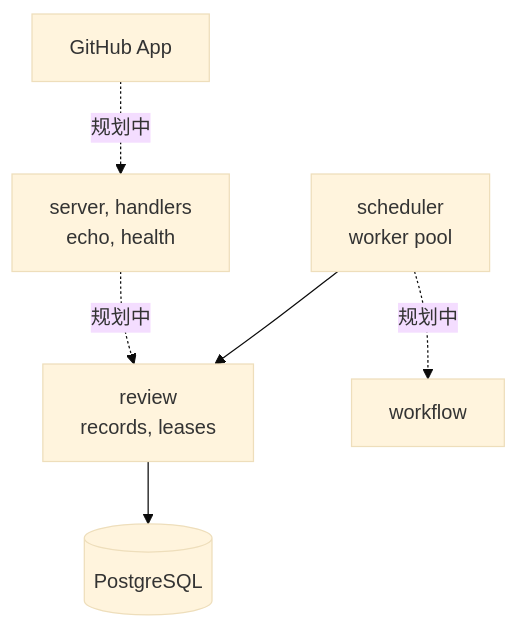
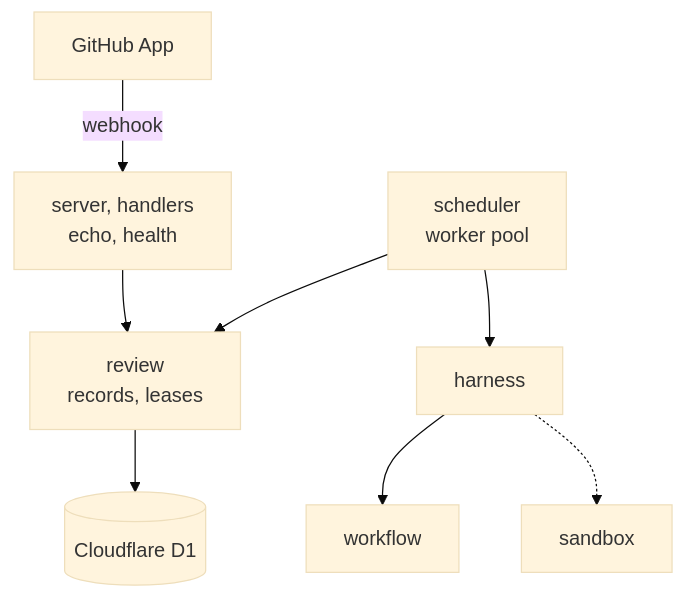
One commit to Pleasurecruise/eyeful changed the first of 3 diagrams in docs/zh/cloud/SERVER.md. Above: the diagram before and after it, drawn with Mermaid (base theme). The commit also changed other lines of this file and 96 other files, not shown here.

First line of the commit message:
feat!: admit reviews through a GitHub App and keep them in D1

````diff
--- a/docs/zh/cloud/SERVER.md
+++ b/docs/zh/cloud/SERVER.md
@@ -7,8 +7,10 @@
 ```mermaid
 flowchart TB
-    github["GitHub App"] -.->|规划中| server["server, handlers<br/>echo, health"]
-    server -.->|规划中| review["review<br/>records, leases"]
+    github["GitHub App"] -->|webhook| server["server, handlers<br/>echo, health"]
+    server --> review["review<br/>records, leases"]
     scheduler["scheduler<br/>worker pool"] --> review
-    review --> pg[("PostgreSQL")]
-    scheduler -.->|规划中| workflow["workflow"]
+    review --> d1[("Cloudflare D1")]
+    scheduler --> harness["harness"]
+    harness --> workflow["workflow"]
+    harness -.-> sandbox["sandbox"]
 ```
````
